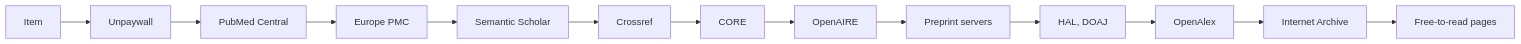
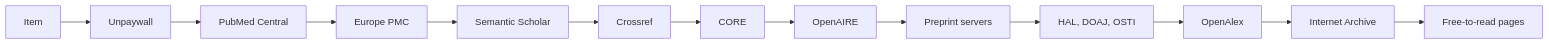
Before and after one commit to noahweidig/zotero-pdf-finder: the diagram in docs/index.md, drawn with Mermaid. The commit also changed other lines of this file and 20 other files, not shown here.

````diff
--- a/docs/index.md
+++ b/docs/index.md
@@ -86,15 +86,15 @@
 ```mermaid
 flowchart LR
   A[Item] --> B[Unpaywall]
   B --> C[PubMed Central]
   C --> D[Europe PMC]
   D --> E[Semantic Scholar]
   E --> F[Crossref]
   F --> G[CORE]
   G --> H[OpenAIRE]
   H --> I[Preprint servers]
-  I --> J[HAL, DOAJ]
+  I --> J[HAL, DOAJ, OSTI]
   J --> K[OpenAlex]
   K --> L[Internet Archive]
   L --> M[Free-to-read pages]
 ```
````
